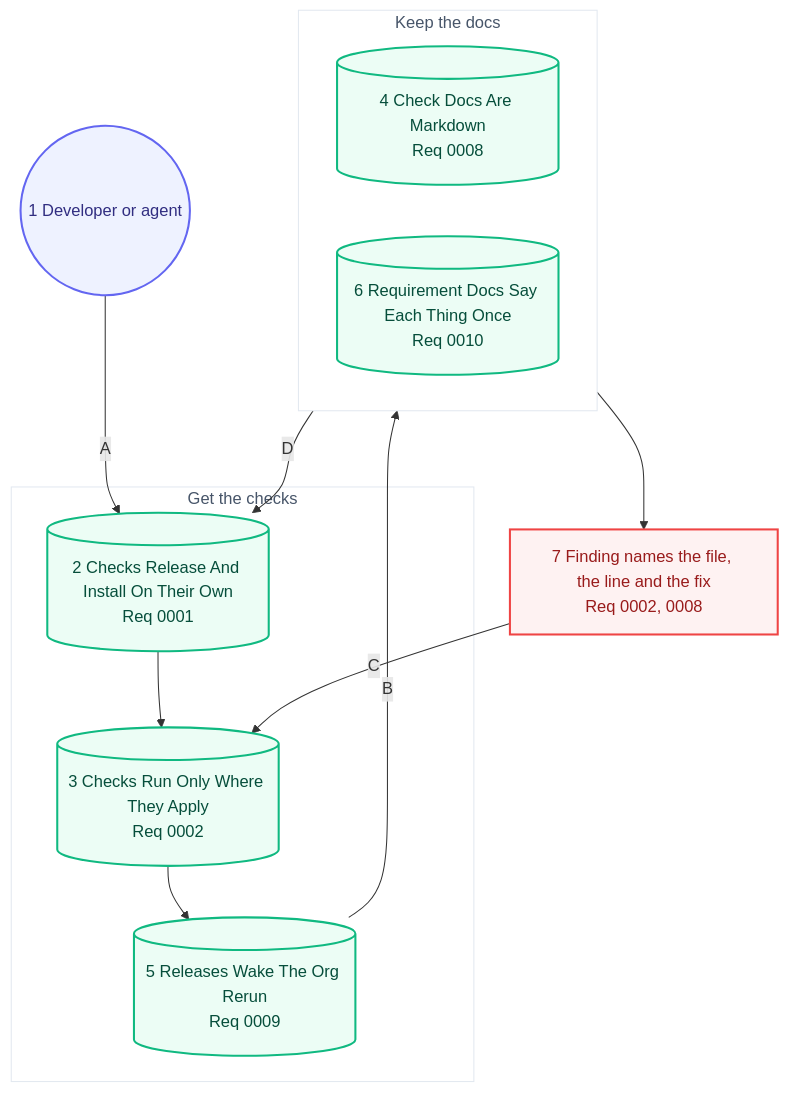
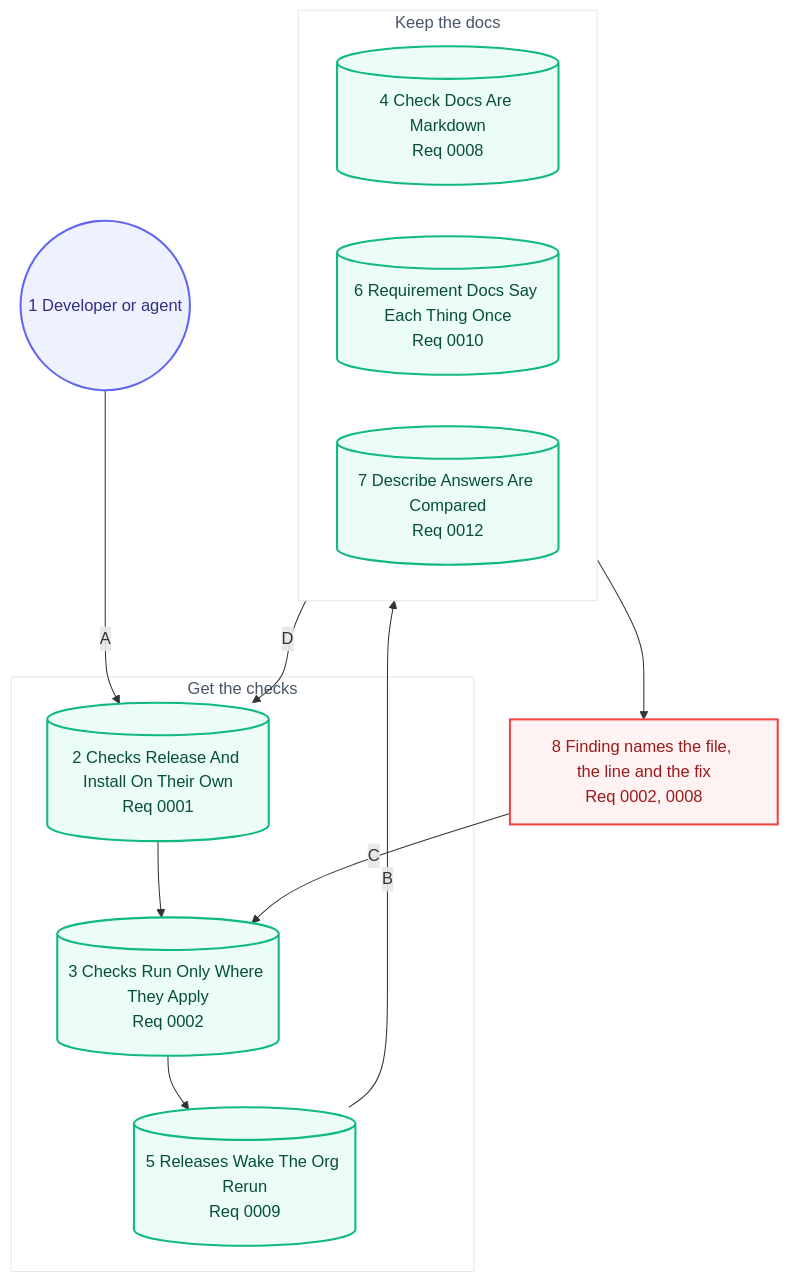
Before and after one commit to may-journal/fitness-checks: the second of 2 diagrams in docs/architecture/05-user-journey.md, drawn with Mermaid. The commit also changed other lines of this file and 20 other files, not shown here.

````diff
--- a/docs/architecture/05-user-journey.md
+++ b/docs/architecture/05-user-journey.md
@@ -38,38 +38,39 @@
 ```mermaid
 flowchart TB
     dev((1 Developer or agent)):::persona
 
     subgraph get["Get the checks"]
         %% journey-nodes:start 0001 0002 0009
         req0001[(2 Checks Release And Install On Their Own<br/>Req 0001)]:::system
         req0002[(3 Checks Run Only Where They Apply<br/>Req 0002)]:::system
         req0009[(5 Releases Wake The Org Rerun<br/>Req 0009)]:::system
         %% journey-nodes:end
     end
 
     subgraph judge["Keep the docs"]
-        %% journey-nodes:start 0008 0010
+        %% journey-nodes:start 0008 0010 0012
         req0008[(4 Check Docs Are Markdown<br/>Req 0008)]:::system
         req0010[(6 Requirement Docs Say Each Thing Once<br/>Req 0010)]:::system
+        req0012[(7 Describe Answers Are Compared<br/>Req 0012)]:::system
         %% journey-nodes:end
     end
 
-    red[7 Finding names the file, the line and the fix<br/>Req 0002, 0008]:::blocked
+    red[8 Finding names the file, the line and the fix<br/>Req 0002, 0008]:::blocked
 
     dev -->|A| req0001
     req0001 --> req0002
     req0002 --> req0009
     req0009 -->|B| judge
     judge --> red
     red -->|C| req0002
     judge -->|D| req0001
 
     classDef persona fill:#eef2ff,stroke:#6366f1,color:#312e81,stroke-width:2px
     classDef screen fill:#f8fafc,stroke:#64748b,color:#1e293b,stroke-width:2px
     classDef action fill:#fff7ed,stroke:#f97316,color:#9a3412,stroke-width:2px
     classDef system fill:#ecfdf5,stroke:#10b981,color:#064e3b,stroke-width:2px
     classDef blocked fill:#fef2f2,stroke:#ef4444,color:#991b1b,stroke-width:2px
 
     style get fill:#ffffff,stroke:#e2e8f0,color:#475569,stroke-width:1px
     style judge fill:#ffffff,stroke:#e2e8f0,color:#475569,stroke-width:1px
 ```
````
